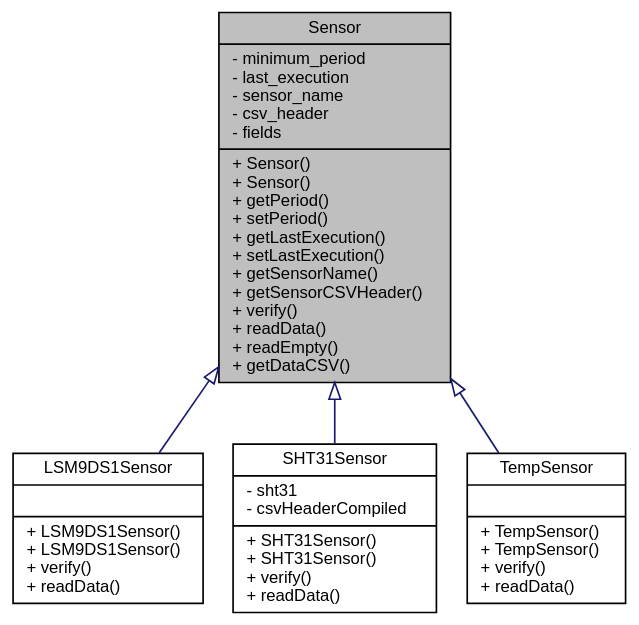
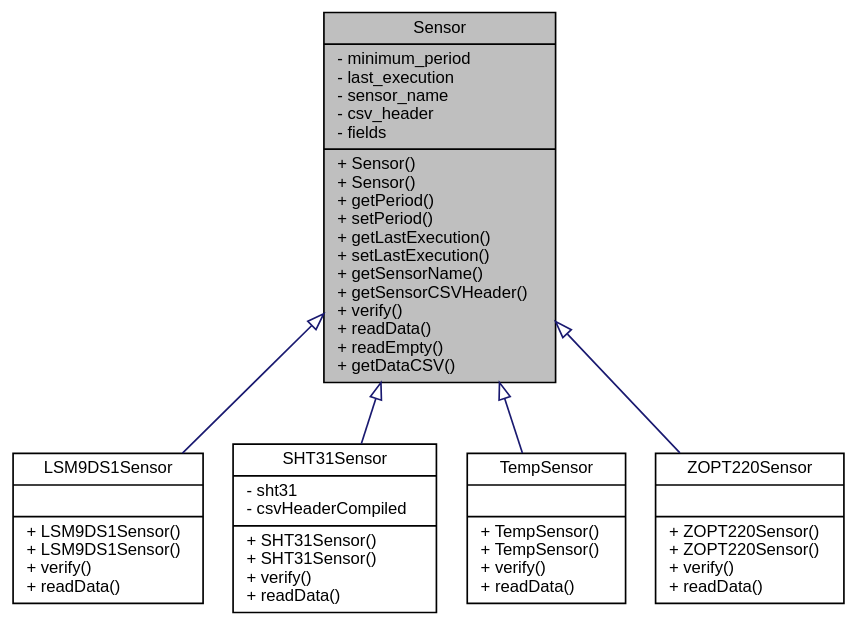
One commit to ASU-ASCEND/Fall-2024 changed the diagram in docs/classSensor__inherit__graph.dot. Above: the diagram before and after it, drawn with Graphviz. The commit also changed 94 other files, not shown here.

```diff
--- a/docs/classSensor__inherit__graph.dot
+++ b/docs/classSensor__inherit__graph.dot
@@ -1,15 +1,17 @@
 digraph "Sensor"
 {
  // INTERACTIVE_SVG=YES
  // LATEX_PDF_SIZE
   bgcolor="transparent";
   edge [fontname="Helvetica",fontsize="10",labelfontname="Helvetica",labelfontsize="10"];
   node [fontname="Helvetica",fontsize="10",shape=record];
   Node1 [label="{Sensor\n|- minimum_period\l- last_execution\l- sensor_name\l- csv_header\l- fields\l|+ Sensor()\l+ Sensor()\l+ getPeriod()\l+ setPeriod()\l+ getLastExecution()\l+ setLastExecution()\l+ getSensorName()\l+ getSensorCSVHeader()\l+ verify()\l+ readData()\l+ readEmpty()\l+ getDataCSV()\l}",height=0.2,width=0.4,color="black", fillcolor="grey75", style="filled", fontcolor="black",tooltip="Parent class for sensor objects."];
   Node1 -> Node2 [dir="back",color="midnightblue",fontsize="10",style="solid",arrowtail="onormal",fontname="Helvetica"];
   Node2 [label="{LSM9DS1Sensor\n||+ LSM9DS1Sensor()\l+ LSM9DS1Sensor()\l+ verify()\l+ readData()\l}",height=0.2,width=0.4,color="black",URL="$classLSM9DS1Sensor.html",tooltip=" "];
   Node1 -> Node3 [dir="back",color="midnightblue",fontsize="10",style="solid",arrowtail="onormal",fontname="Helvetica"];
   Node3 [label="{SHT31Sensor\n|- sht31\l- csvHeaderCompiled\l|+ SHT31Sensor()\l+ SHT31Sensor()\l+ verify()\l+ readData()\l}",height=0.2,width=0.4,color="black",URL="$classSHT31Sensor.html",tooltip="Interfaces with SHT31 Sensor to collect temperature and humidity data."];
   Node1 -> Node4 [dir="back",color="midnightblue",fontsize="10",style="solid",arrowtail="onormal",fontname="Helvetica"];
   Node4 [label="{TempSensor\n||+ TempSensor()\l+ TempSensor()\l+ verify()\l+ readData()\l}",height=0.2,width=0.4,color="black",URL="$classTempSensor.html",tooltip="Implementation of a Sensor for the onboard temperature sensor."];
+  Node1 -> Node5 [dir="back",color="midnightblue",fontsize="10",style="solid",arrowtail="onormal",fontname="Helvetica"];
+  Node5 [label="{ZOPT220Sensor\n||+ ZOPT220Sensor()\l+ ZOPT220Sensor()\l+ verify()\l+ readData()\l}",height=0.2,width=0.4,color="black",URL="$classZOPT220Sensor.html",tooltip="A class to interface with the ZOPT220x UV and ambient light sensor."];
 }
```
